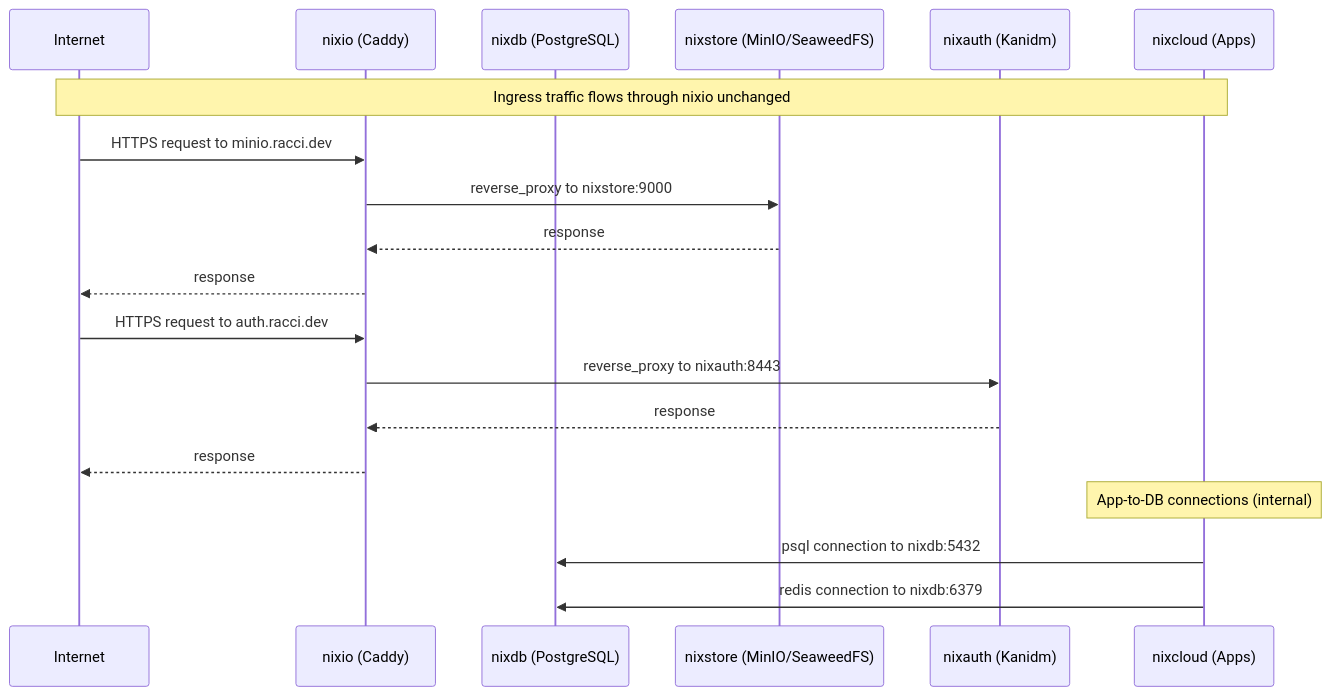
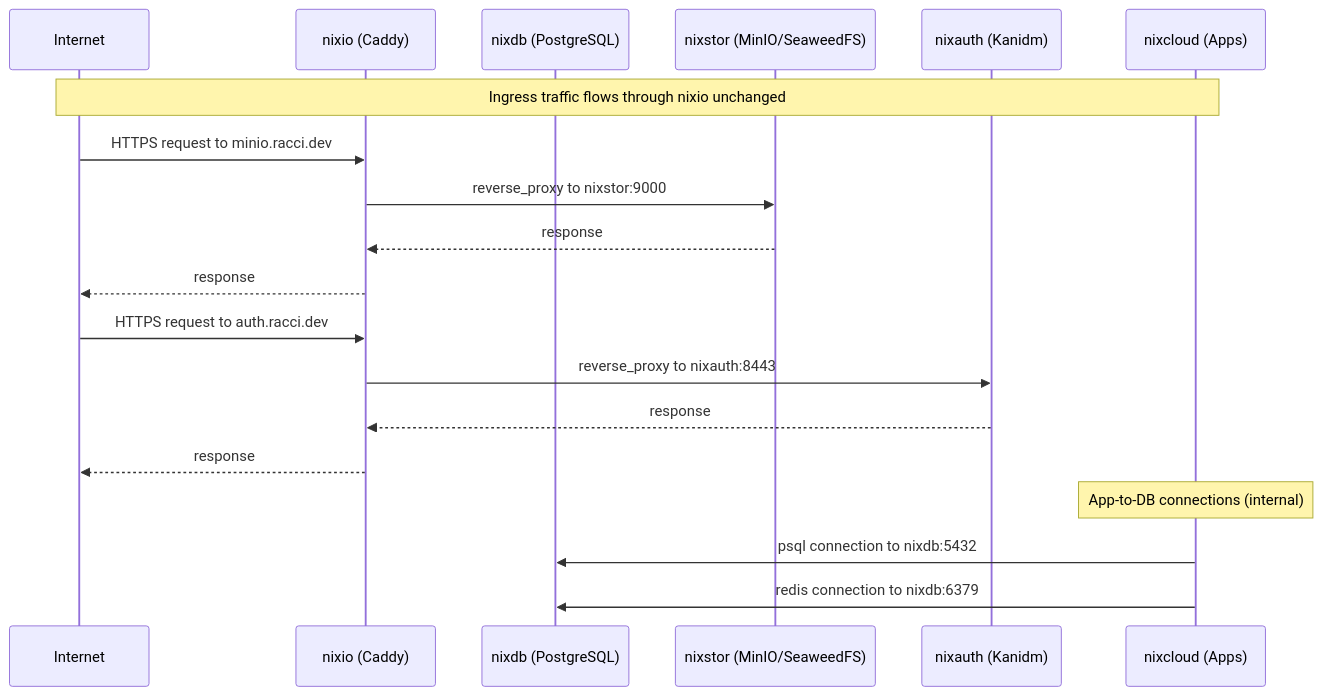
The second of 6 diagrams in openspec/changes/reallocate-server-service-roles/design.md (DaRacci/nix-config), drawn with Mermaid before and after one commit. The commit also changed other lines of this file and 70 other files, not shown here.

````diff
--- a/openspec/changes/reallocate-server-service-roles/design.md
+++ b/openspec/changes/reallocate-server-service-roles/design.md
@@ -329,25 +329,25 @@
 ```mermaid
 sequenceDiagram
     participant Internet
     participant nixio as nixio (Caddy)
     participant nixdb as nixdb (PostgreSQL)
-    participant nixstore as nixstore (MinIO/SeaweedFS)
+    participant nixstor as nixstor (MinIO/SeaweedFS)
     participant nixauth as nixauth (Kanidm)
     participant nixcloud as nixcloud (Apps)
 
     Note over Internet,nixcloud: Ingress traffic flows through nixio unchanged
 
     Internet->>nixio: HTTPS request to minio.racci.dev
-    nixio->>nixstore: reverse_proxy to nixstore:9000
-    nixstore-->>nixio: response
+    nixio->>nixstor: reverse_proxy to nixstor:9000
+    nixstor-->>nixio: response
     nixio-->>Internet: response
 
     Internet->>nixio: HTTPS request to auth.racci.dev
     nixio->>nixauth: reverse_proxy to nixauth:8443
     nixauth-->>nixio: response
     nixio-->>Internet: response
 
     Note over nixcloud,nixcloud: App-to-DB connections (internal)
     nixcloud->>nixdb: psql connection to nixdb:5432
     nixcloud->>nixdb: redis connection to nixdb:6379
 ```
````
